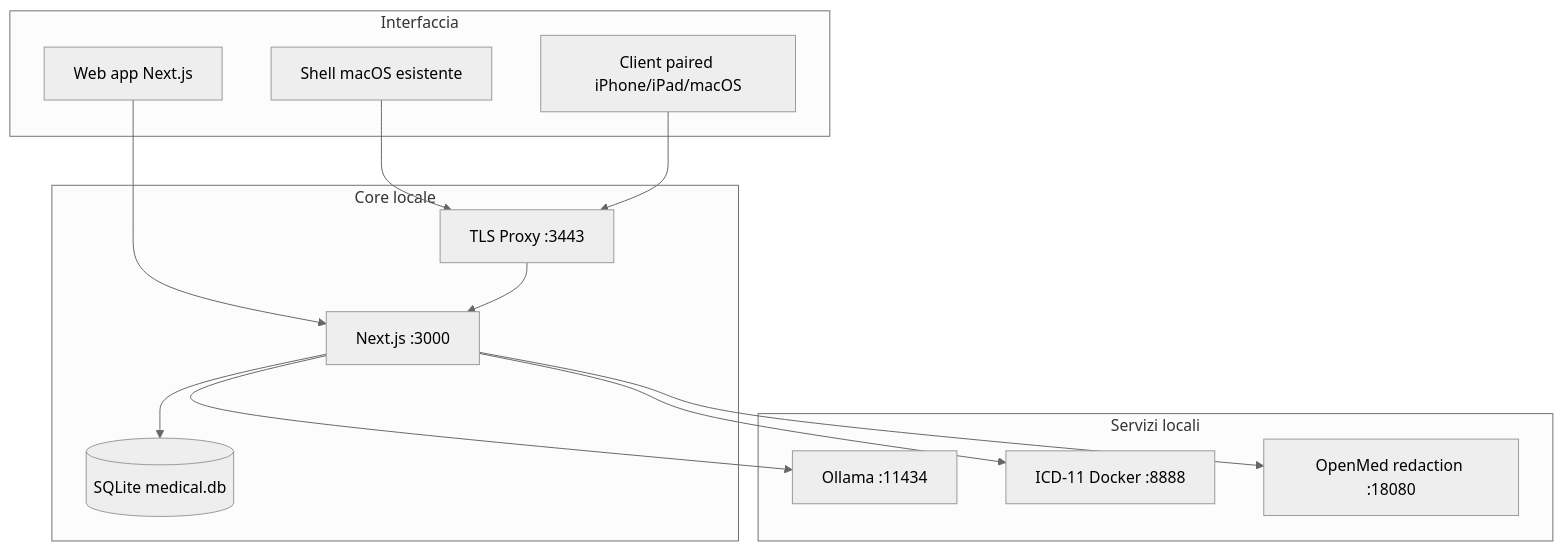
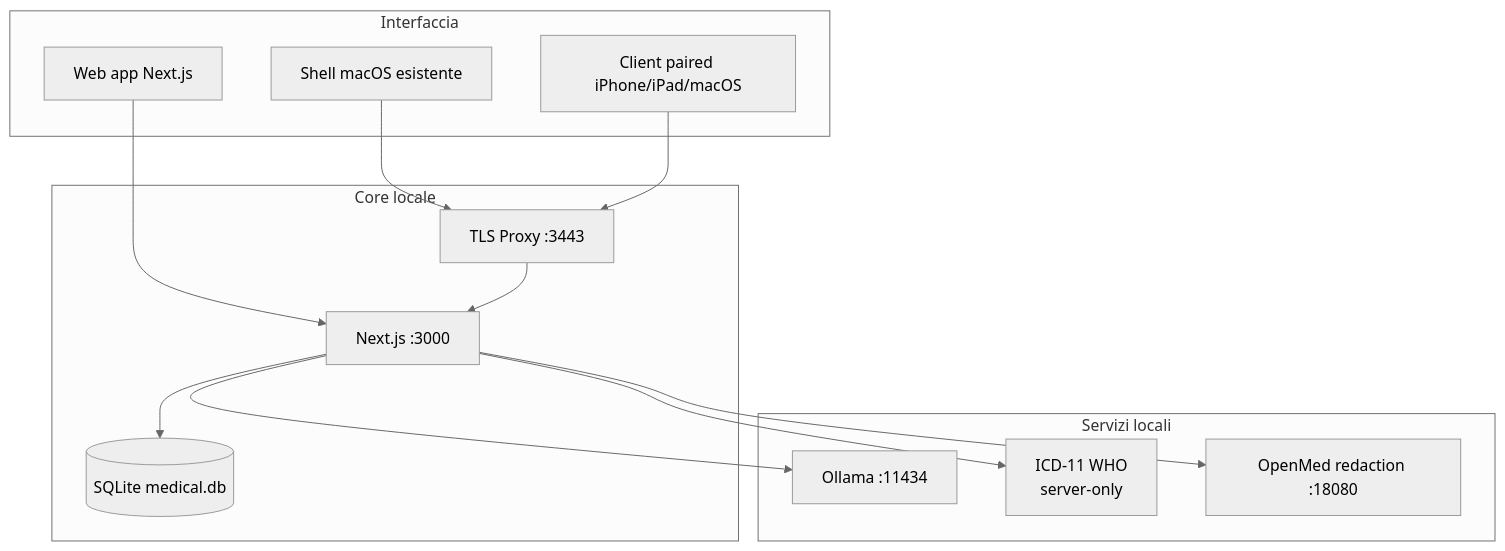
One commit to Wulfgardr/mediflow changed the diagram in docs/ARCHITETTURA.md. Above: the diagram before and after it, drawn with Mermaid (neutral theme). The commit also changed 21 other files, not shown here.

Commit message:
docs(icd): ritira il packaging Docker

````diff
--- a/docs/ARCHITETTURA.md
+++ b/docs/ARCHITETTURA.md
@@ -30,28 +30,28 @@
 ```mermaid
 flowchart TD
     subgraph "Interfaccia"
         Web["Web app Next.js"]
         Mac["Shell macOS esistente"]
         Peer["Client paired iPhone/iPad/macOS"]
     end
 
     subgraph "Core locale"
         TLS["TLS Proxy :3443"]
         Next["Next.js :3000"]
         DB[("SQLite medical.db")]
     end
 
     subgraph "Servizi locali"
         Ollama["Ollama :11434"]
-        ICD["ICD-11 Docker :8888"]
+        ICD["ICD-11 WHO<br/>server-only"]
         OpenMed["OpenMed redaction :18080"]
     end
 
     Web --> Next
     Mac --> TLS --> Next
     Peer --> TLS
     Next --> DB
     Next --> Ollama
     Next --> ICD
     Next --> OpenMed
 ```
````
